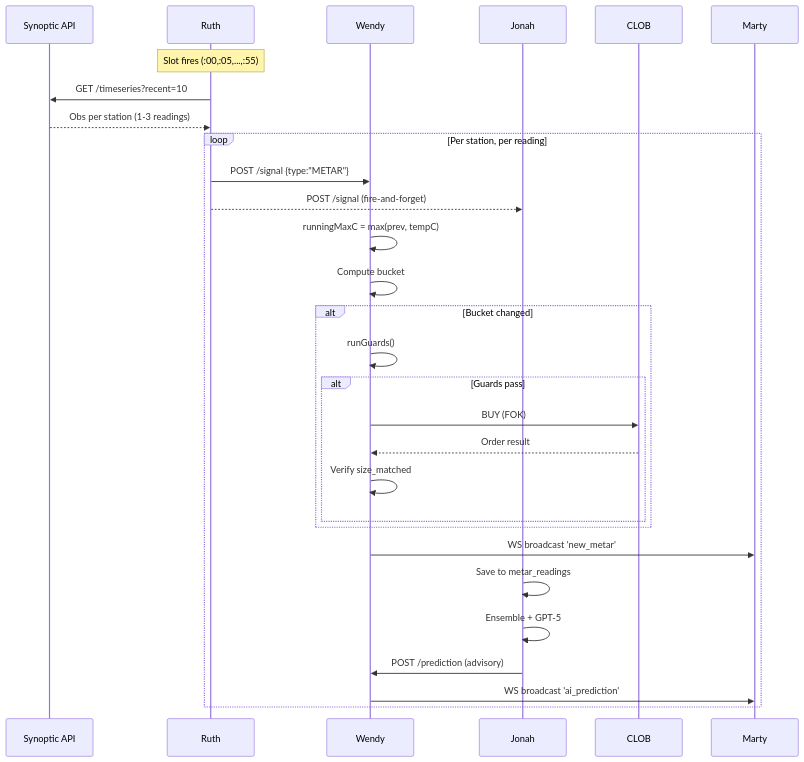
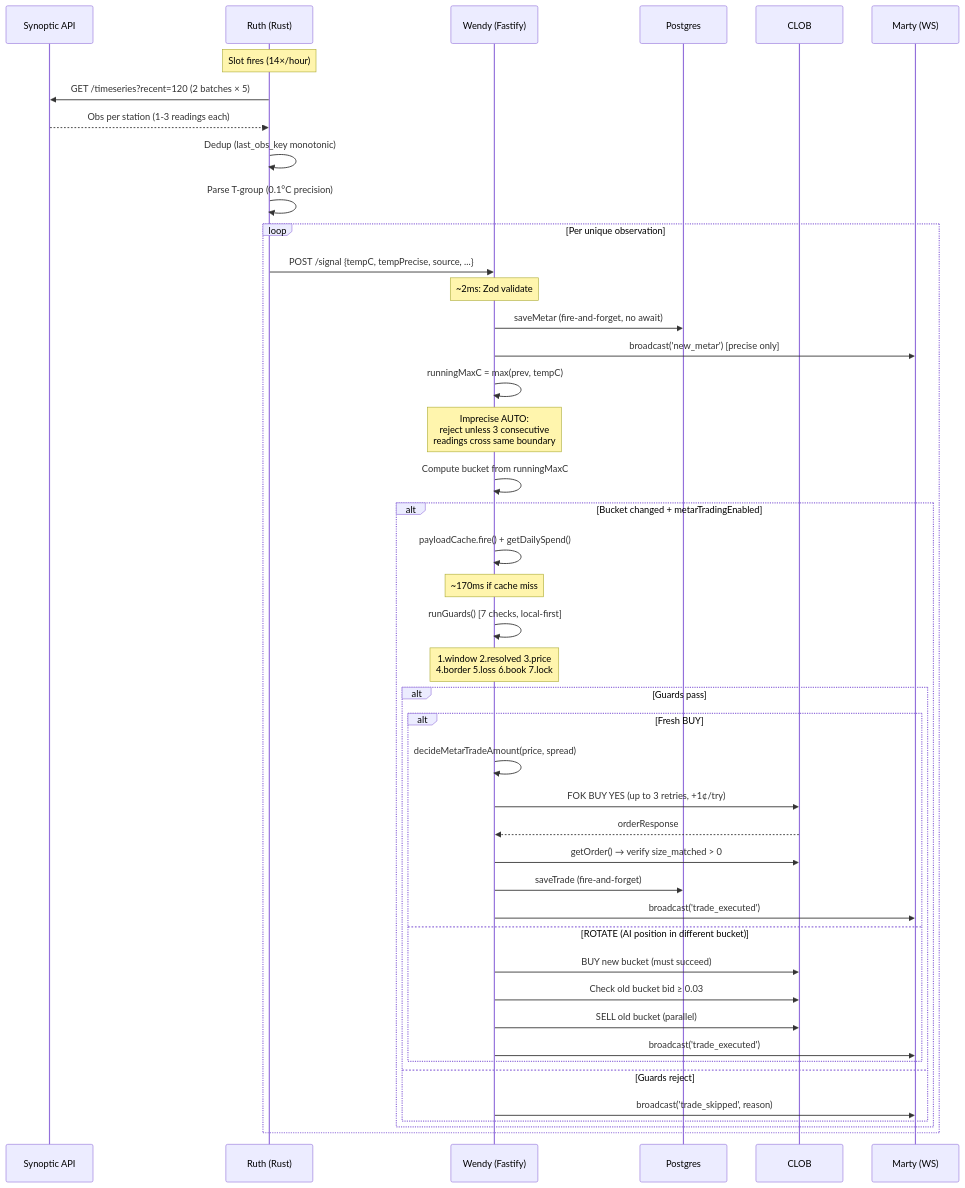
Before and after one commit to Ths33/wozark: the second of 5 diagrams in docs/architecture.md, drawn with Mermaid. The commit also changed other lines of this file, not shown here.

First line of the commit message:
docs: rewrite architecture diagram from code audit

````diff
--- a/docs/architecture.md
+++ b/docs/architecture.md
@@ -105,37 +150,54 @@
 ```mermaid
 sequenceDiagram
     participant SYN as Synoptic API
-    participant R as Ruth
-    participant W as Wendy
-    participant J as Jonah
+    participant R as Ruth (Rust)
+    participant W as Wendy (Fastify)
+    participant DB as Postgres
     participant C as CLOB
-    participant M as Marty
+    participant M as Marty (WS)
 
-    Note over R: Slot fires (:00,:05,...,:55)
-    R->>SYN: GET /timeseries?recent=10
-    SYN-->>R: Obs per station (1-3 readings)
+    Note over R: Slot fires (14×/hour)
+    R->>SYN: GET /timeseries?recent=120 (2 batches × 5)
+    SYN-->>R: Obs per station (1-3 readings each)
+    R->>R: Dedup (last_obs_key monotonic)
+    R->>R: Parse T-group (0.1°C precision)
 
-    loop Per station, per reading
-        R->>W: POST /signal {type:"METAR"}
-        R-->>J: POST /signal (fire-and-forget)
+    loop Per unique observation
+        R->>W: POST /signal {tempC, tempPrecise, source, ...}
+        Note over W: ~2ms: Zod validate
+
+        W->>DB: saveMetar (fire-and-forget, no await)
+        W->>M: broadcast('new_metar') [precise only]
 
         W->>W: runningMaxC = max(prev, tempC)
-        W->>W: Compute bucket
+        Note over W: Imprecise AUTO:<br/>reject unless 3 consecutive<br/>readings cross same boundary
 
-        alt Bucket changed
-            W->>W: runGuards()
+        W->>W: Compute bucket from runningMaxC
+
+        alt Bucket changed + metarTradingEnabled
+            W->>W: payloadCache.fire() + getDailySpend()
+            Note over W: ~170ms if cache miss
+
+            W->>W: runGuards() [7 checks, local-first]
+            Note over W: 1.window 2.resolved 3.price<br/>4.border 5.loss 6.book 7.lock
+
             alt Guards pass
-                W->>C: BUY (FOK)
-                C-->>W: Order result
-                W->>W: Verify size_matched
+                alt Fresh BUY
+                    W->>W: decideMetarTradeAmount(price, spread)
+                    W->>C: FOK BUY YES (up to 3 retries, +1¢/try)
+                    C-->>W: orderResponse
+                    W->>C: getOrder() → verify size_matched > 0
+                    W->>DB: saveTrade (fire-and-forget)
+                    W->>M: broadcast('trade_executed')
+                else ROTATE (AI position in different bucket)
+                    W->>C: BUY new bucket (must succeed)
+                    W->>C: Check old bucket bid ≥ 0.03
+                    W->>C: SELL old bucket (parallel)
+                    W->>M: broadcast('trade_executed')
+                end
+            else Guards reject
+                W->>M: broadcast('trade_skipped', reason)
             end
         end
-
-        W->>M: WS broadcast 'new_metar'
-
-        J->>J: Save to metar_readings
-        J->>J: Ensemble + GPT-5
-        J->>W: POST /prediction (advisory)
-        W->>M: WS broadcast 'ai_prediction'
     end
 ```
````
